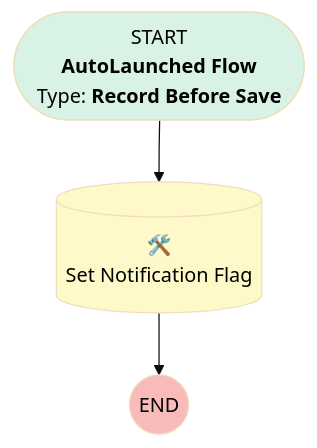
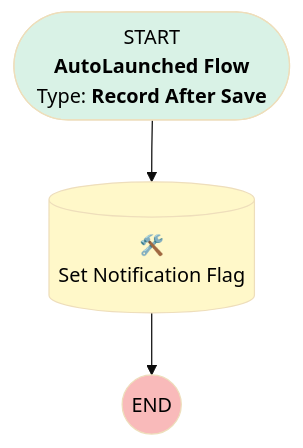
The diagram in docs/flows/Work_Order_Set_Customer_Notification_Flag.md (fpardon-upeo/krinkels-monitoring), drawn with Mermaid (base theme) before and after one commit. The commit also changed other lines of this file and 274 other files, not shown here.

````diff
--- a/docs/flows/Work_Order_Set_Customer_Notification_Flag.md
+++ b/docs/flows/Work_Order_Set_Customer_Notification_Flag.md
@@ -5,36 +5,36 @@
 ```mermaid
 %% If you read this, your Markdown visualizer does not handle MermaidJS syntax.
 %% - If you are in VsCode, install extension `Markdown Preview Mermaid Support` at https://marketplace.visualstudio.com/items?itemName=bierner.markdown-mermaid
 %% - If you are using sfdx-hardis, try to define env variable `MERMAID_MODES=cli,docker` ,then run again the command to regenerate markdown with SVG images.
 %% - If you are within mkdocs-material, define mermaid plugin in `mkdocs.yml` as described in https://squidfunk.github.io/mkdocs-material/extensions/mermaid/
 %% - At last resort, you can copy-paste this MermaidJS code in https://mermaid.live/ to see the Flow Diagram
 
 flowchart TB
-START(["START<br/><b>AutoLaunched Flow</b></br>Type: <b> Record Before Save</b>"]):::startClass
-click START "#general-information" "3227362678"
+START(["START<br/><b>AutoLaunched Flow</b></br>Type: <b> Record After Save</b>"]):::startClass
+click START "#general-information" "2641860004"
 
 Set_Notification_Flag[("🛠️ <em></em><br/>Set Notification Flag")]:::recordUpdates
 click Set_Notification_Flag "#set_notification_flag" "76100509"
 
 Set_Notification_Flag --> END_Set_Notification_Flag
 START -->  Set_Notification_Flag
 END_Set_Notification_Flag(( END )):::endClass
 
 
 classDef actionCalls fill:#D4E4FC,color:black,text-decoration:none,max-height:100px
 classDef assignments fill:#FBEED7,color:black,text-decoration:none,max-height:100px
 classDef collectionProcessors fill:#F0E3FA,color:black,text-decoration:none,max-height:100px
 classDef customErrors fill:#FFE9E9,color:black,text-decoration:none,max-height:100px
 classDef decisions fill:#FDEAF6,color:black,text-decoration:none,max-height:100px
 classDef loops fill:#FDEAF6,color:black,text-decoration:none,max-height:100px
 classDef recordCreates fill:#FFF8C9,color:black,text-decoration:none,max-height:100px
 classDef recordDeletes fill:#FFF8C9,color:black,text-decoration:none,max-height:100px
 classDef recordLookups fill:#EDEAFF,color:black,text-decoration:none,max-height:100px
 classDef recordUpdates fill:#FFF8C9,color:black,text-decoration:none,max-height:100px
 classDef screens fill:#DFF6FF,color:black,text-decoration:none,max-height:100px
 classDef subflows fill:#D4E4FC,color:black,text-decoration:none,max-height:100px
 classDef startClass fill:#D9F2E6,color:black,text-decoration:none,max-height:100px
 classDef endClass fill:#F9BABA,color:black,text-decoration:none,max-height:100px
 
 
 ```
````
